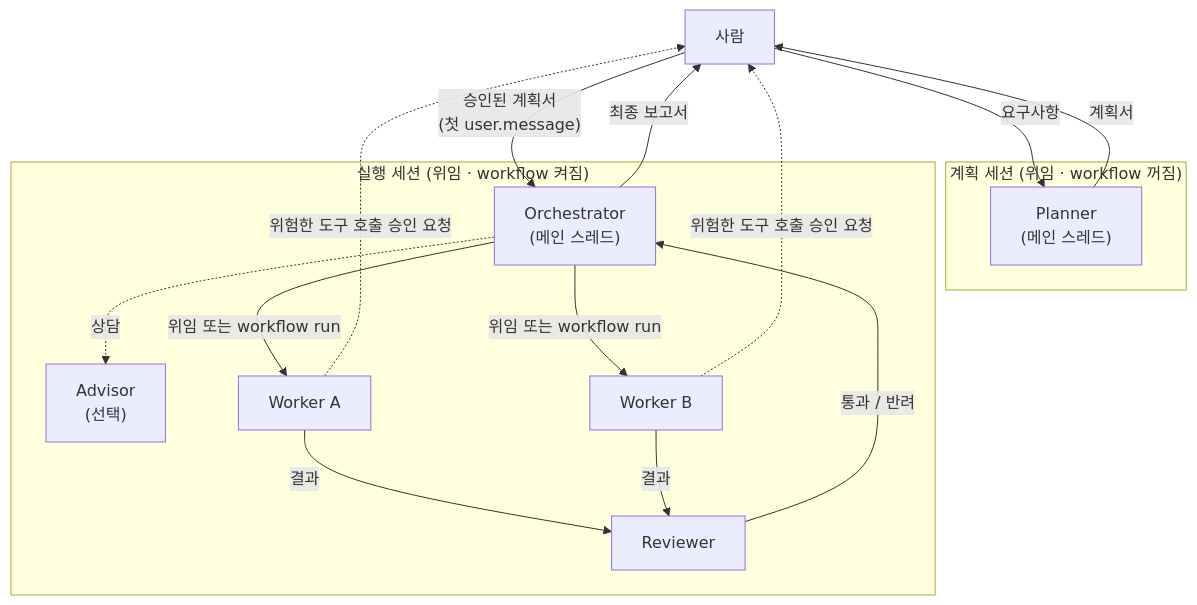
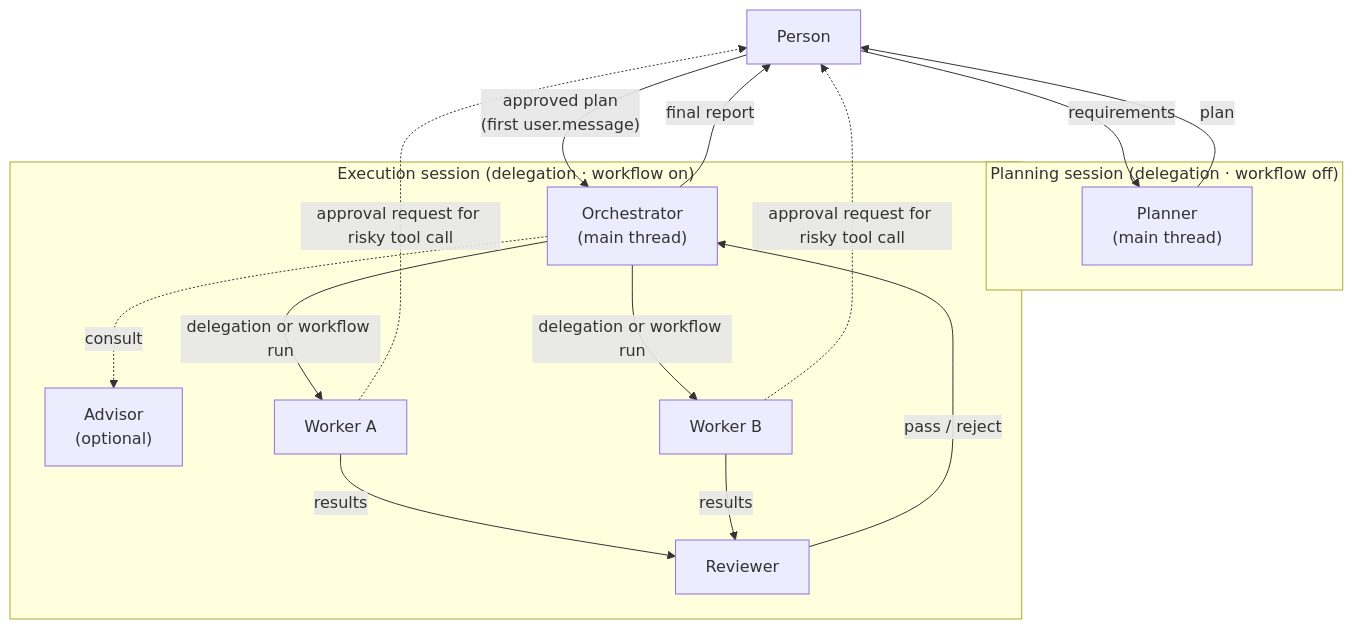
One commit to hamin-apple/my-plugins changed the diagram in plugins/my-agent/docs/build-guide/hitl-orchestration-guide.md. Above: the diagram before and after it, drawn with Mermaid. The commit also changed other lines of this file and 82 other files, not shown here.

````diff
--- a/plugins/my-agent/docs/build-guide/hitl-orchestration-guide.md
+++ b/plugins/my-agent/docs/build-guide/hitl-orchestration-guide.md
@@ -127,23 +127,23 @@
 ```mermaid
 flowchart TD
-    H["사람"]
-    subgraph S1["계획 세션 (위임 · workflow 꺼짐)"]
-        P["Planner<br/>(메인 스레드)"]
+    H["Person"]
+    subgraph S1["Planning session (delegation · workflow off)"]
+        P["Planner<br/>(main thread)"]
     end
-    subgraph S2["실행 세션 (위임 · workflow 켜짐)"]
-        O["Orchestrator<br/>(메인 스레드)"]
-        A["Advisor<br/>(선택)"]
+    subgraph S2["Execution session (delegation · workflow on)"]
+        O["Orchestrator<br/>(main thread)"]
+        A["Advisor<br/>(optional)"]
         W1["Worker A"]
         W2["Worker B"]
         R["Reviewer"]
     end
-    H -- "요구사항" --> P
-    P -- "계획서" --> H
-    H -- "승인된 계획서<br/>(첫 user.message)" --> O
-    O -. "상담" .-> A
-    O -- "위임 또는 workflow run" --> W1 & W2
-    W1 & W2 -- "결과" --> R
-    R -- "통과 / 반려" --> O
-    O -- "최종 보고서" --> H
-    W1 & W2 -. "위험한 도구 호출 승인 요청" .-> H
+    H -- "requirements" --> P
+    P -- "plan" --> H
+    H -- "approved plan<br/>(first user.message)" --> O
+    O -. "consult" .-> A
+    O -- "delegation or workflow run" --> W1 & W2
+    W1 & W2 -- "results" --> R
+    R -- "pass / reject" --> O
+    O -- "final report" --> H
+    W1 & W2 -. "approval request for risky tool call" .-> H
 ```
````
